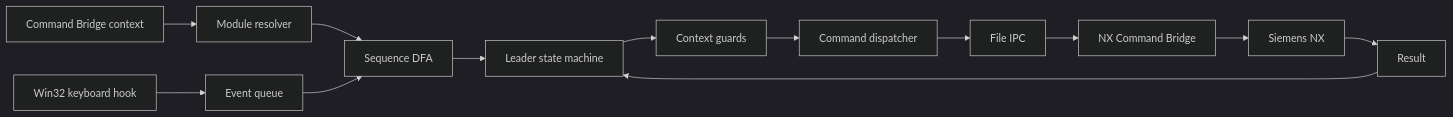
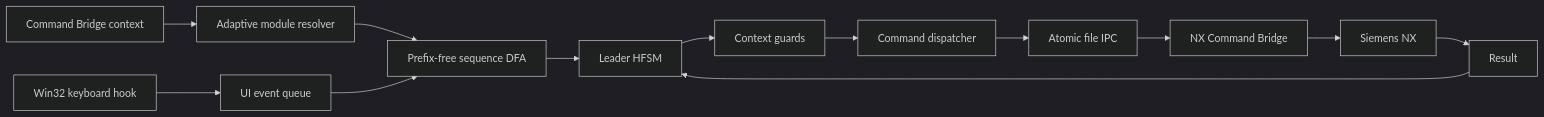
The diagram in README.md (Homiakus/NXkeys), drawn with Mermaid (dark theme) before and after one commit. The commit also changed other lines of this file and 19 other files, not shown here.

````diff
--- a/README.md
+++ b/README.md
@@ -210,15 +218,15 @@
 ```mermaid
 flowchart LR
-    Keyboard[Win32 keyboard hook] --> Queue[Event queue]
-    Context[Command Bridge context] --> Resolver[Module resolver]
-    Resolver --> DFA[Sequence DFA]
+    Keyboard[Win32 keyboard hook] --> Queue[UI event queue]
+    Context[Command Bridge context] --> Resolver[Adaptive module resolver]
+    Resolver --> DFA[Prefix-free sequence DFA]
     Queue --> DFA
-    DFA --> HFSM[Leader state machine]
+    DFA --> HFSM[Leader HFSM]
     HFSM --> Guards[Context guards]
     Guards --> Dispatch[Command dispatcher]
-    Dispatch --> IPC[File IPC]
+    Dispatch --> IPC[Atomic file IPC]
     IPC --> Bridge[NX Command Bridge]
     Bridge --> NX[Siemens NX]
     NX --> Result[Result]
     Result --> HFSM
 ```
````
